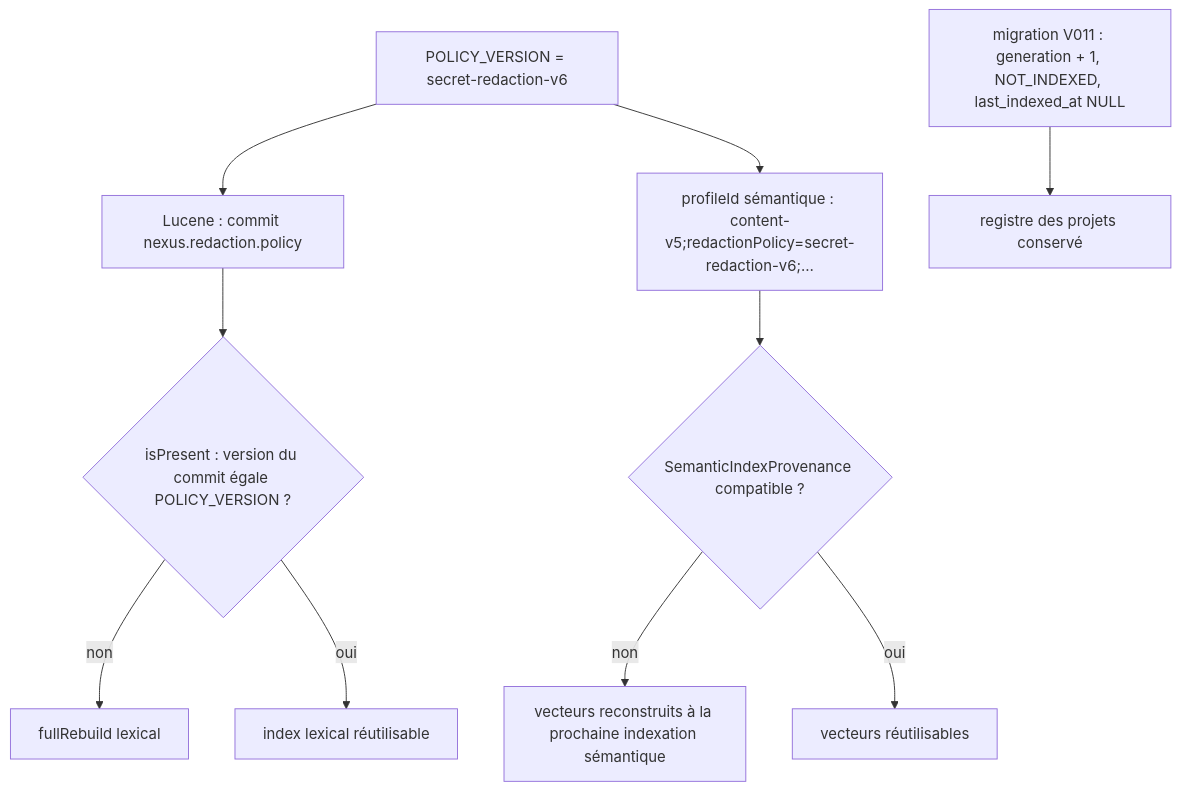
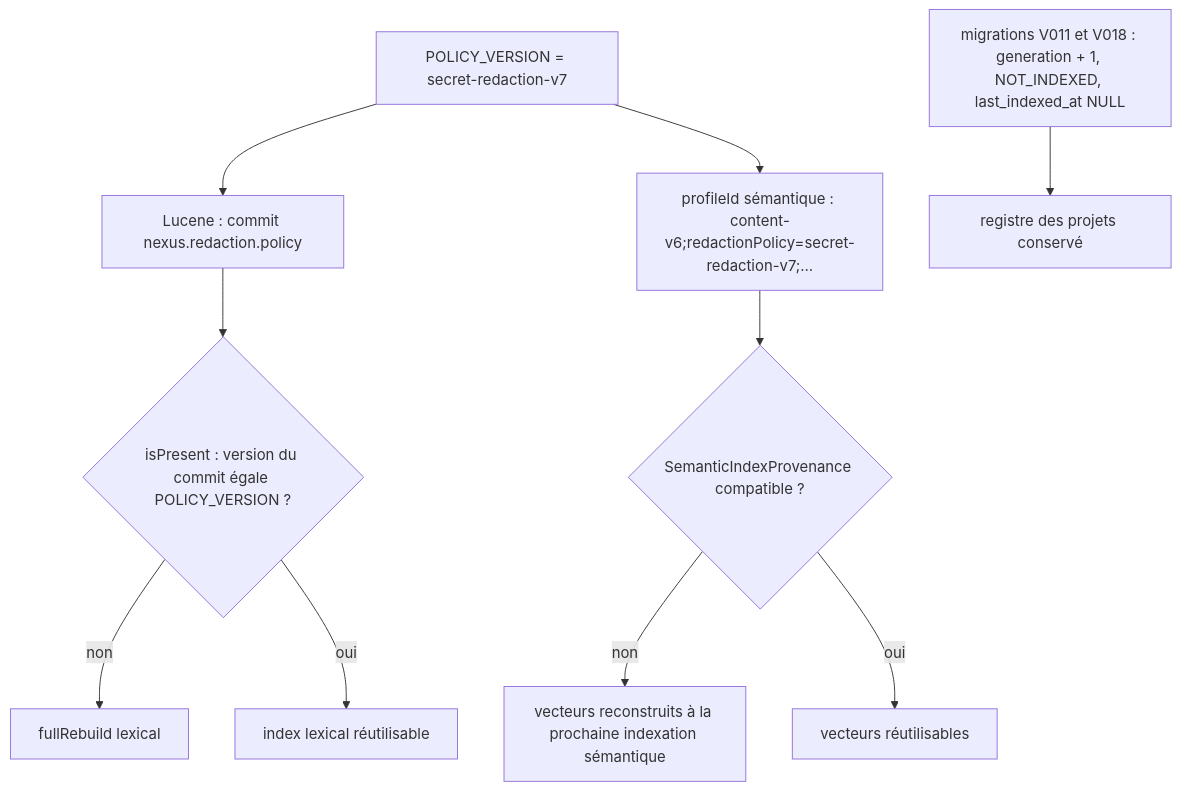
One commit to FTurleque/nexus-context-engine changed the fourth of 4 diagrams in docs/developer/secret-redaction.md. Above: the diagram before and after it, drawn with Mermaid. The commit also changed other lines of this file and 31 other files, not shown here.

````diff
--- a/docs/developer/secret-redaction.md
+++ b/docs/developer/secret-redaction.md
@@ -149,12 +166,12 @@
 ```mermaid
 flowchart TD
-    P["POLICY_VERSION = secret-redaction-v6"] --> L["Lucene : commit nexus.redaction.policy"]
-    P --> S["profileId sémantique : content-v5;redactionPolicy=secret-redaction-v6;…"]
-    M["migration V011 : generation + 1, NOT_INDEXED, last_indexed_at NULL"] --> N["registre des projets conservé"]
+    P["POLICY_VERSION = secret-redaction-v7"] --> L["Lucene : commit nexus.redaction.policy"]
+    P --> S["profileId sémantique : content-v6;redactionPolicy=secret-redaction-v7;…"]
+    M["migrations V011 et V018 : generation + 1, NOT_INDEXED, last_indexed_at NULL"] --> N["registre des projets conservé"]
     L --> Q{"isPresent : version du commit égale POLICY_VERSION ?"}
     Q -- non --> F["fullRebuild lexical"]
     Q -- oui --> K["index lexical réutilisable"]
     S --> T{"SemanticIndexProvenance compatible ?"}
     T -- non --> V["vecteurs reconstruits à la prochaine indexation sémantique"]
     T -- oui --> W["vecteurs réutilisables"]
 ```
````
